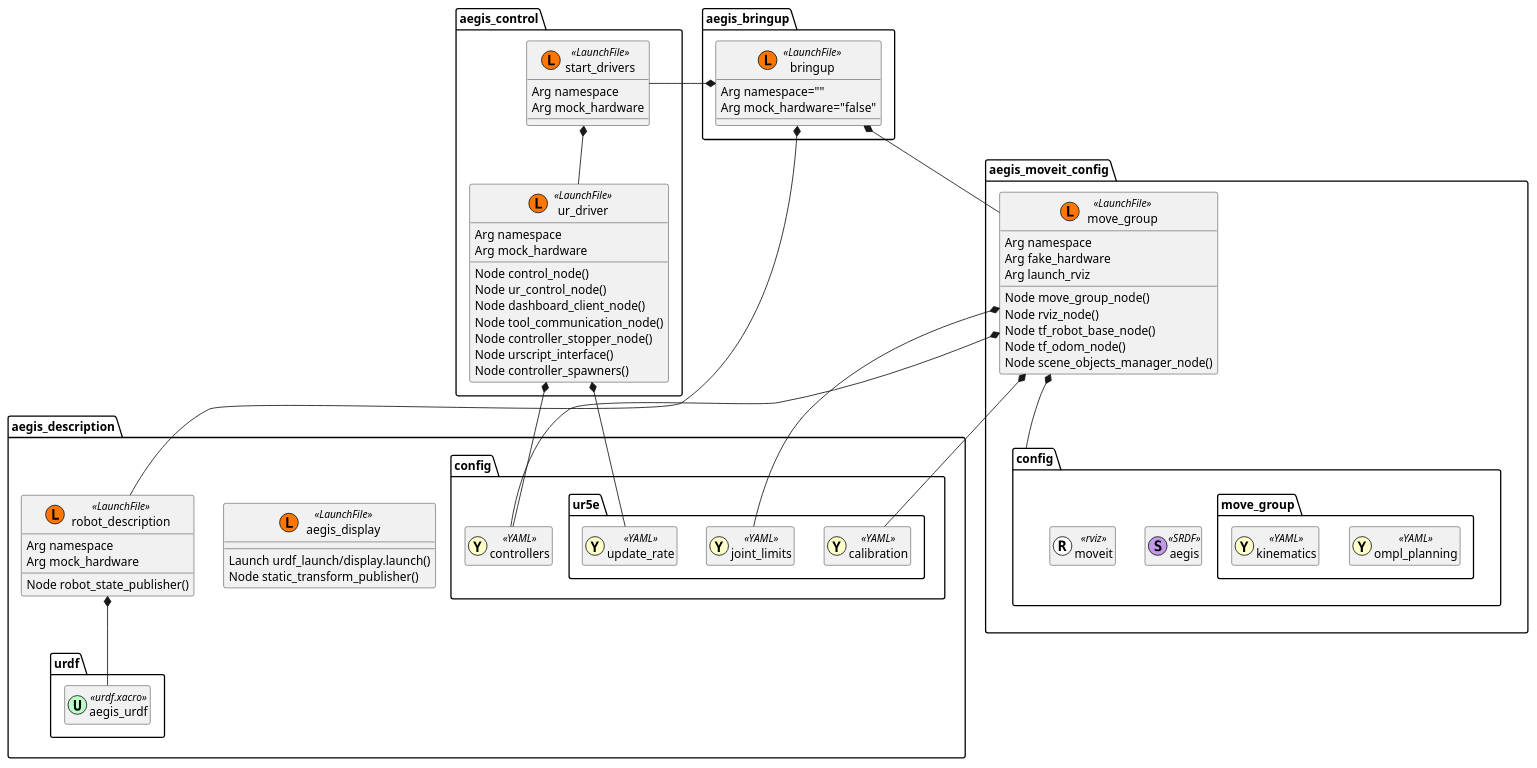
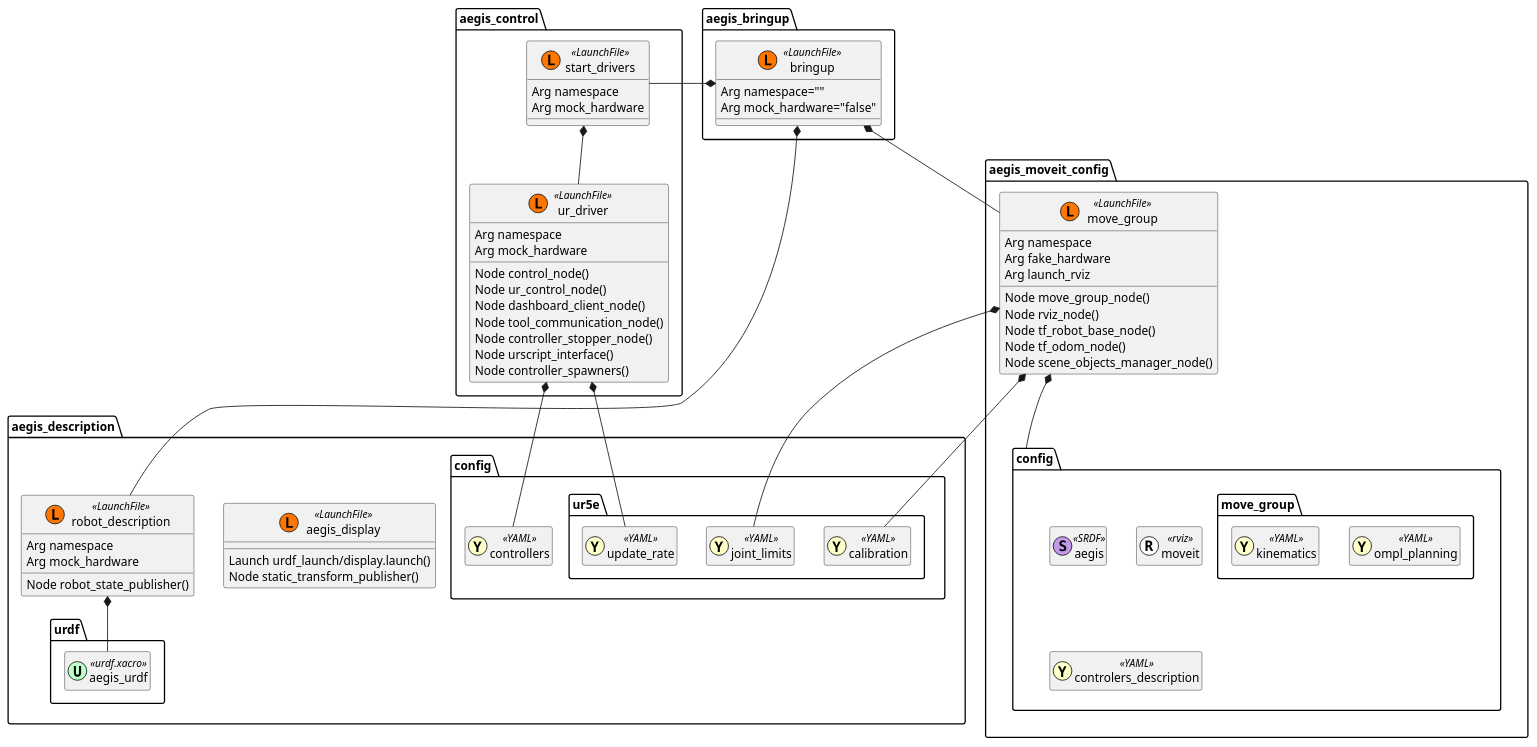
One commit to AGH-CEAI/aegis_ros changed the diagram in aegis_bringup/README.md. Above: the diagram before and after it, drawn with PlantUML. The commit also changed 4 other files, not shown here.

Commit message:
moveit_config cleanup

```diff
--- a/aegis_bringup/README.md
+++ b/aegis_bringup/README.md
@@ -117,6 +117,7 @@
             class kinematics << (Y,#ffffc9) YAML >> {}
         }
         class moveit << (R,#ffffff) rviz >> {}
+        class controlers_description << (Y,#ffffc9) YAML >> {}
     }
 }
 
@@ -131,7 +132,6 @@
 aegis_control.ur_driver *-- aegis_description.config.controllers
 
 aegis_moveit_config.move_group *-- aegis_moveit_config.config
-aegis_moveit_config.move_group *-- aegis_description.config.controllers
 aegis_moveit_config.move_group *-- aegis_description.config.ur5e.joint_limits
 aegis_moveit_config.move_group *-- aegis_description.config.ur5e.calibration
 
```
